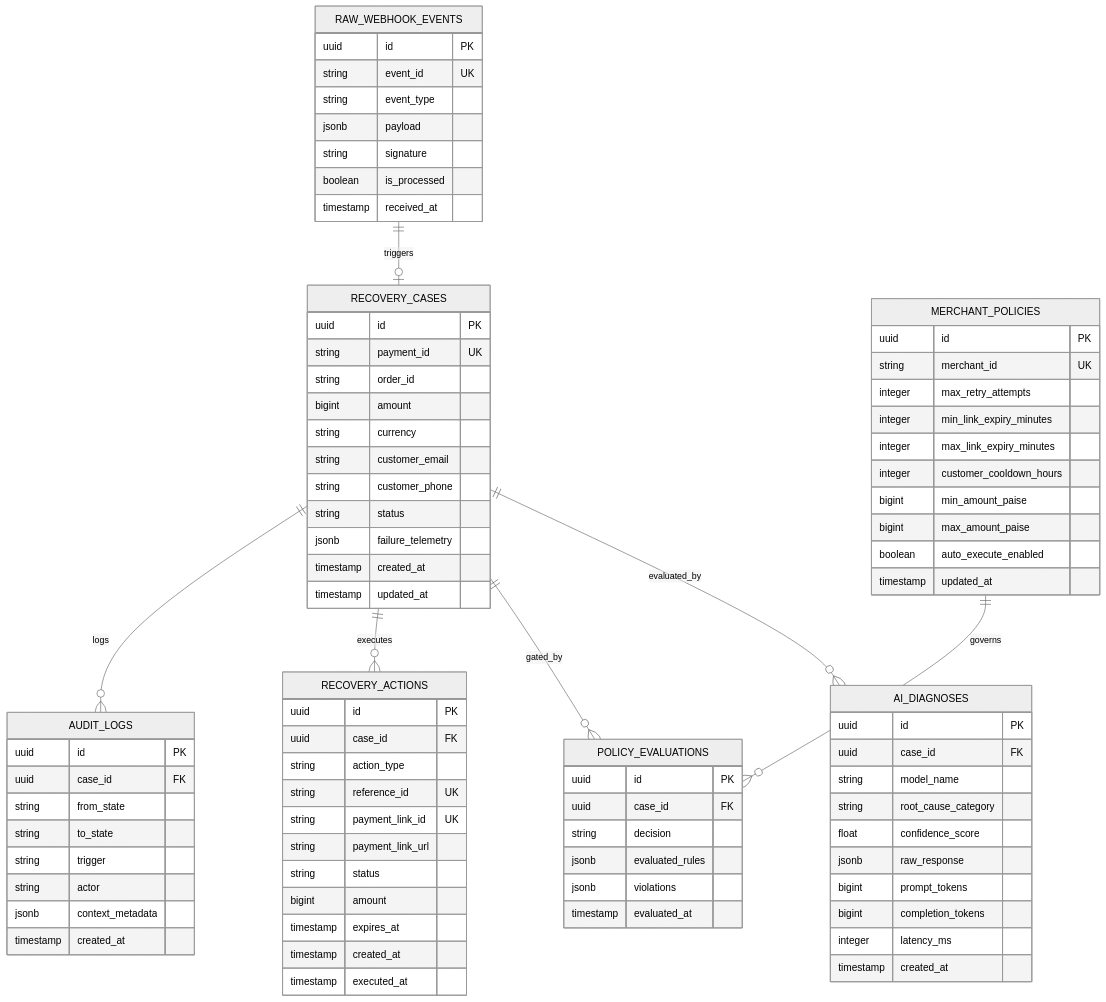
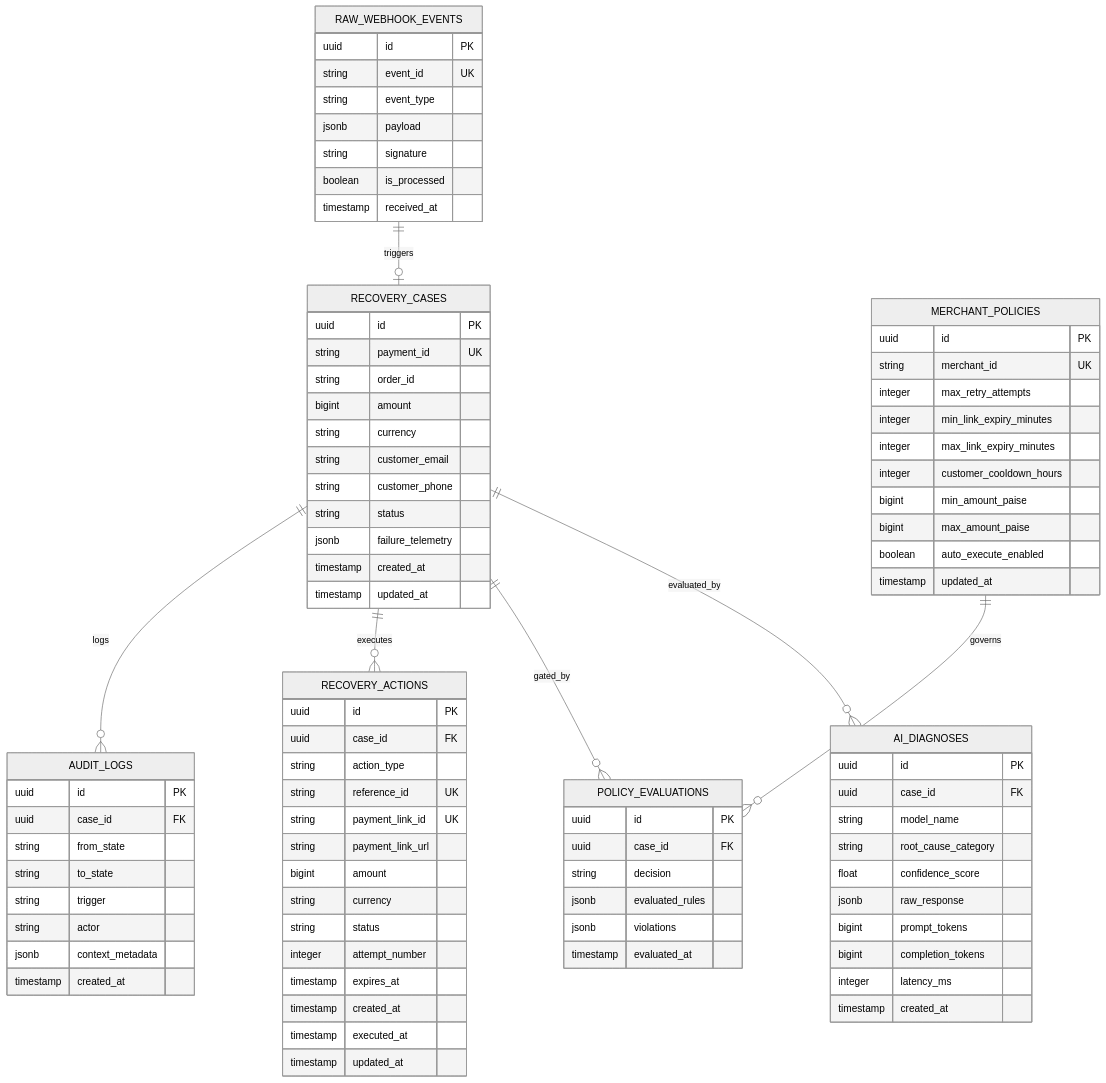
One commit to code-withkrishna/Project-Phoenix changed the diagram in docs/DATABASE.md. Above: the diagram before and after it, drawn with Mermaid (neutral theme). The commit also changed other lines of this file and 34 other files, not shown here.

```diff
--- a/docs/DATABASE.md
+++ b/docs/DATABASE.md
@@ -70,11 +70,14 @@
         string reference_id UK
         string payment_link_id UK
         string payment_link_url
+        bigint amount
+        string currency
         string status
-        bigint amount
+        integer attempt_number
         timestamp expires_at
         timestamp created_at
         timestamp executed_at
+        timestamp updated_at
     }
 
     AUDIT_LOGS {
```
